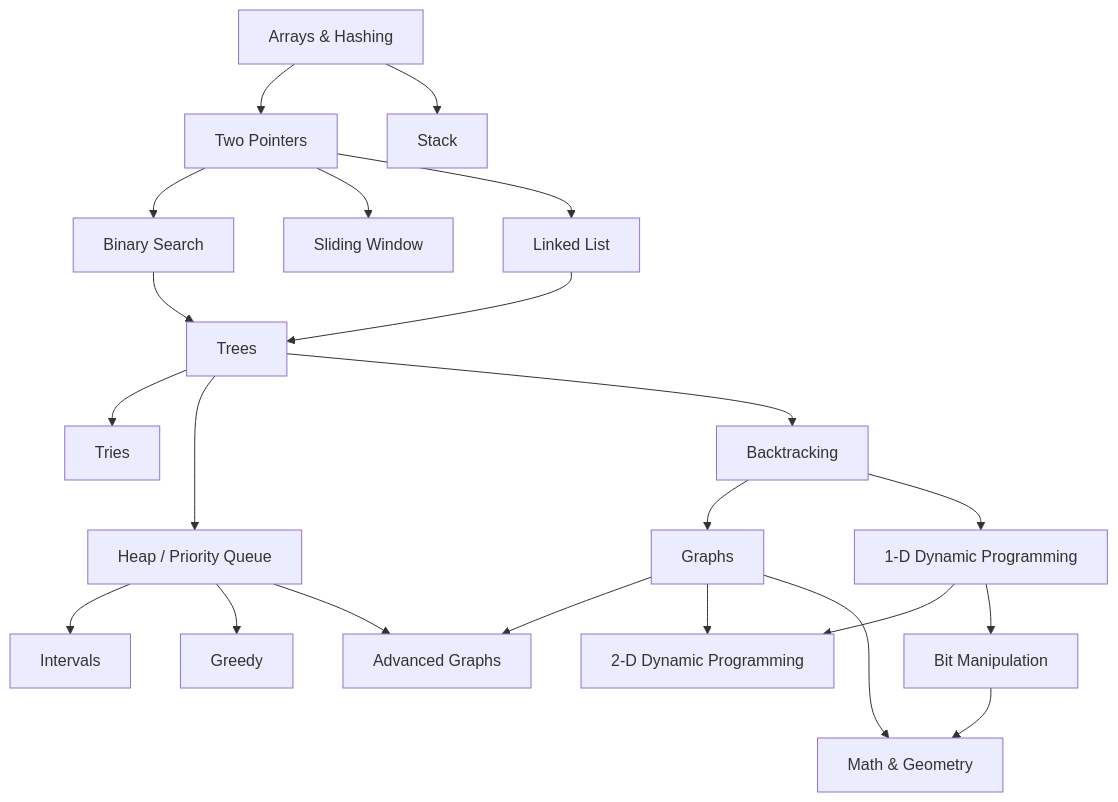
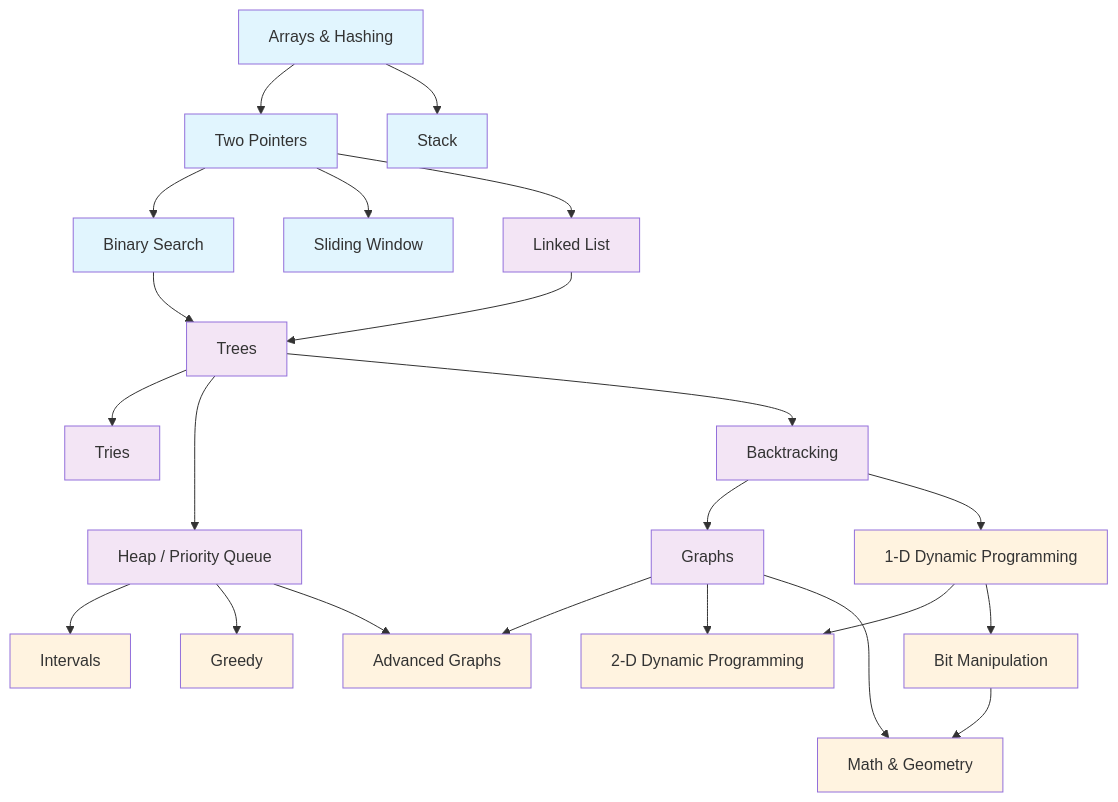
The diagram in README.md (Arbelaezch/interview-prep), drawn with Mermaid before and after one commit.

Commit message:
Added color to neetcode roadmap

````diff
--- a/README.md
+++ b/README.md
@@ -61,32 +61,40 @@
 ```mermaid
 graph TD
     A["Arrays & Hashing"] --> B["Two Pointers"]
     A --> D["Stack"]
     
     B --> E["Binary Search"]
     B --> C["Sliding Window"]
     B --> F["Linked List"]
     
     E --> G["Trees"]
     F --> G
 
     G --> H["Tries"]
     G --> I["Heap / Priority Queue"]
     G --> J["Backtracking"]
     
     J --> K["Graphs"]
     J --> L["1-D Dynamic Programming"]
 
     I --> M["Intervals"]
     I --> N["Greedy"]
     I --> O["Advanced Graphs"]
 
     K --> O
     K --> P["2-D Dynamic Programming"]
 
     L --> P
     L --> Q["Bit Manipulation"]
 
     Q --> R["Math & Geometry"]
     K --> R
+    
+    classDef foundational fill:#e1f5fe
+    classDef intermediate fill:#f3e5f5
+    classDef advanced fill:#fff3e0
+    
+    class A,B,C,D,E foundational
+    class F,G,H,I,J,K intermediate
+    class L,M,N,O,P,Q,R advanced
 ```
````
